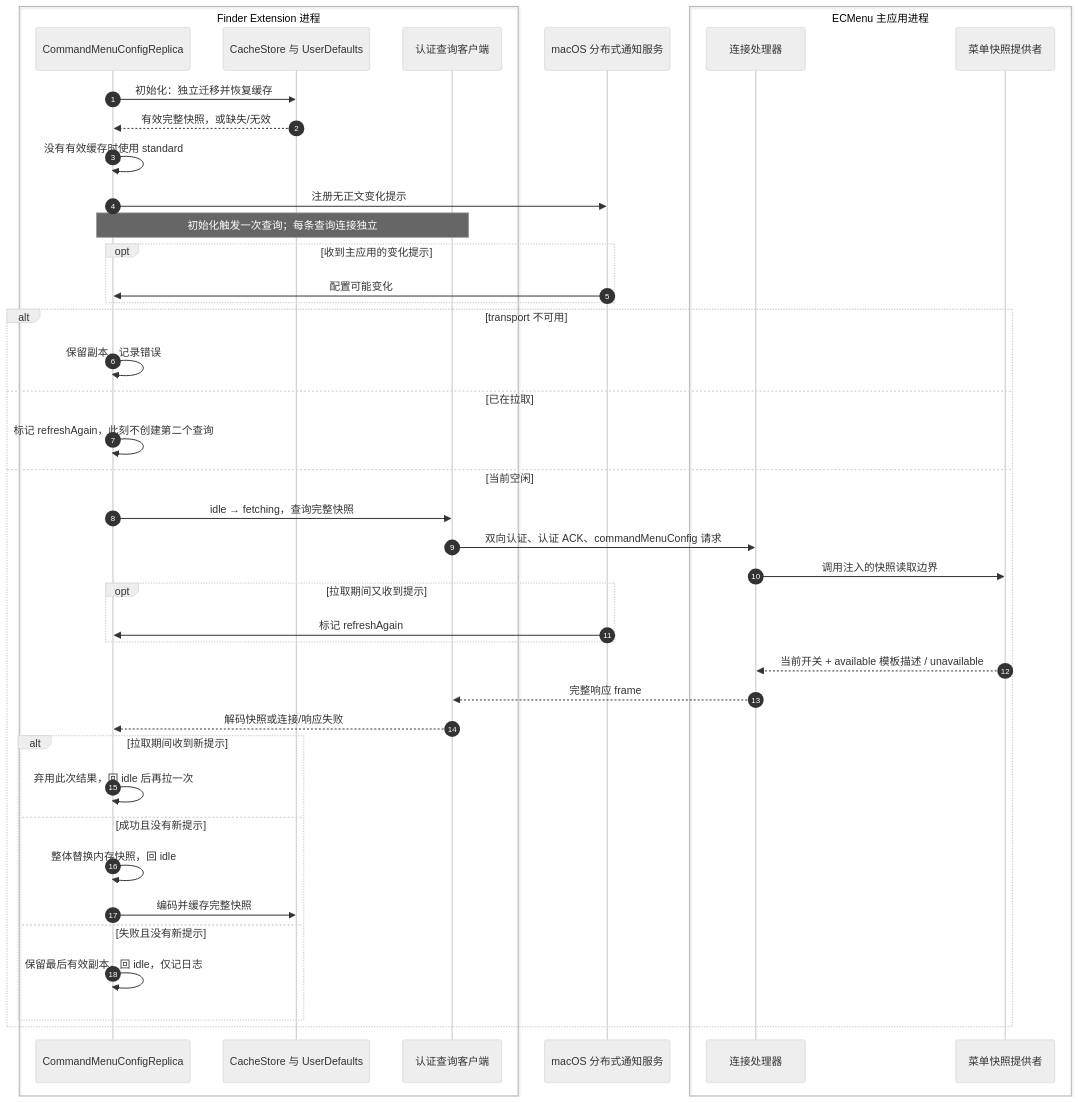
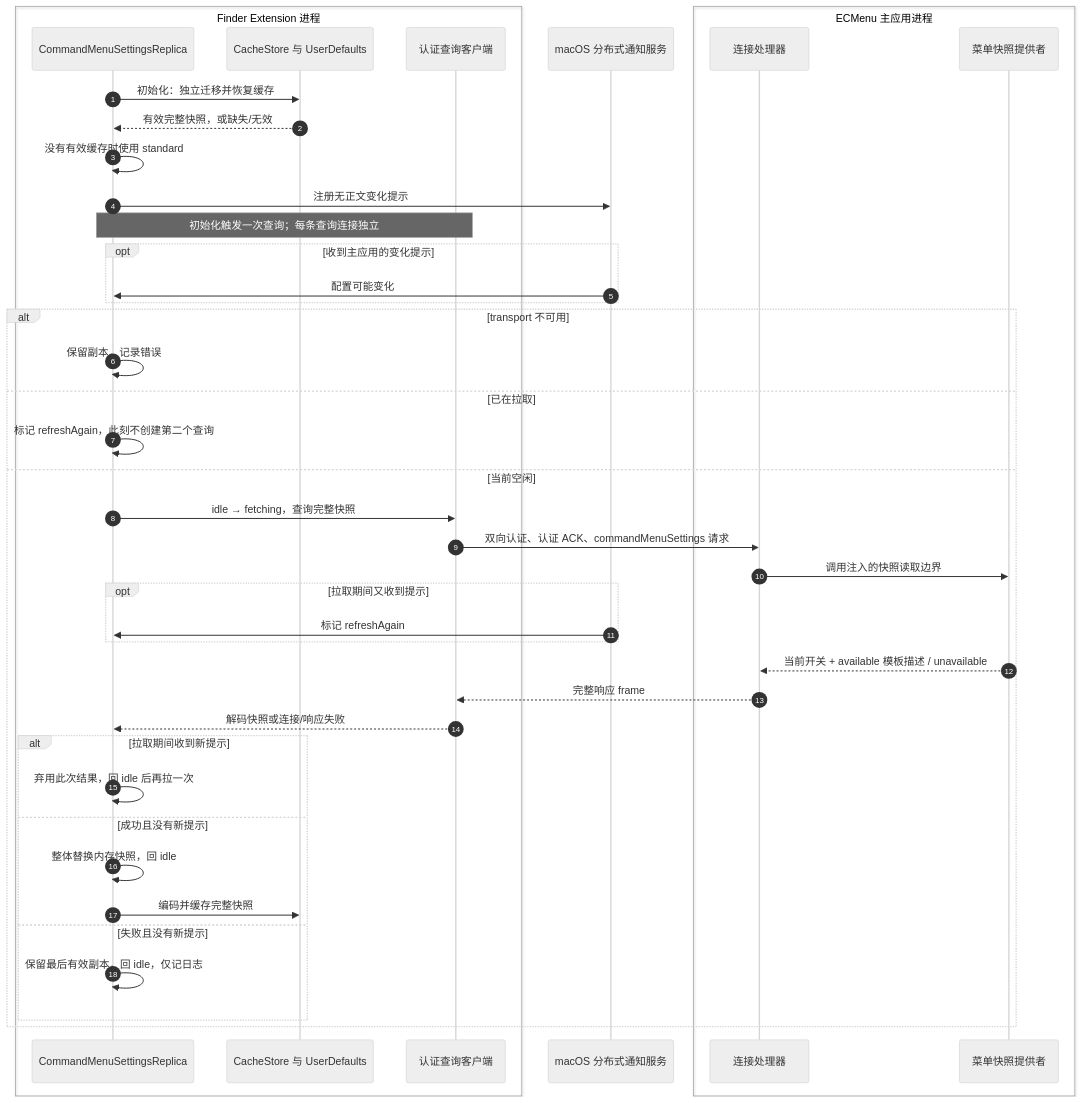
The fourth of 4 diagrams in spec/Technical/Runtime/MenuExecution.md (tlb-22/mac-tool-ecmenu), drawn with Mermaid (neutral theme) before and after one commit. The commit also changed other lines of this file and 80 other files, not shown here.

````diff
--- a/spec/Technical/Runtime/MenuExecution.md
+++ b/spec/Technical/Runtime/MenuExecution.md
@@ -154,45 +154,45 @@
 ```mermaid
 sequenceDiagram
     autonumber
     box Finder Extension 进程
-        participant P as CommandMenuConfigReplica
+        participant P as CommandMenuSettingsReplica
         participant D as CacheStore 与 UserDefaults
         participant T as 认证查询客户端
     end
     participant N as macOS 分布式通知服务
     box ECMenu 主应用进程
         participant S as 连接处理器
         participant A as 菜单快照提供者
     end
     P->>D: 初始化：独立迁移并恢复缓存
     D-->>P: 有效完整快照，或缺失/无效
     P->>P: 没有有效缓存时使用 standard
     P->>N: 注册无正文变化提示
     Note over P,T: 初始化触发一次查询；每条查询连接独立
     opt 收到主应用的变化提示
         N->>P: 配置可能变化
     end
     alt transport 不可用
         P->>P: 保留副本，记录错误
     else 已在拉取
         P->>P: 标记 refreshAgain，此刻不创建第二个查询
     else 当前空闲
         P->>T: idle → fetching，查询完整快照
-        T->>S: 双向认证、认证 ACK、commandMenuConfig 请求
+        T->>S: 双向认证、认证 ACK、commandMenuSettings 请求
         S->>A: 调用注入的快照读取边界
         opt 拉取期间又收到提示
             N->>P: 标记 refreshAgain
         end
         A-->>S: 当前开关 + available 模板描述 / unavailable
         S-->>T: 完整响应 frame
         T-->>P: 解码快照或连接/响应失败
         alt 拉取期间收到新提示
             P->>P: 弃用此次结果，回 idle 后再拉一次
         else 成功且没有新提示
             P->>P: 整体替换内存快照，回 idle
             P->>D: 编码并缓存完整快照
         else 失败且没有新提示
             P->>P: 保留最后有效副本，回 idle，仅记日志
         end
     end
 ```
````
